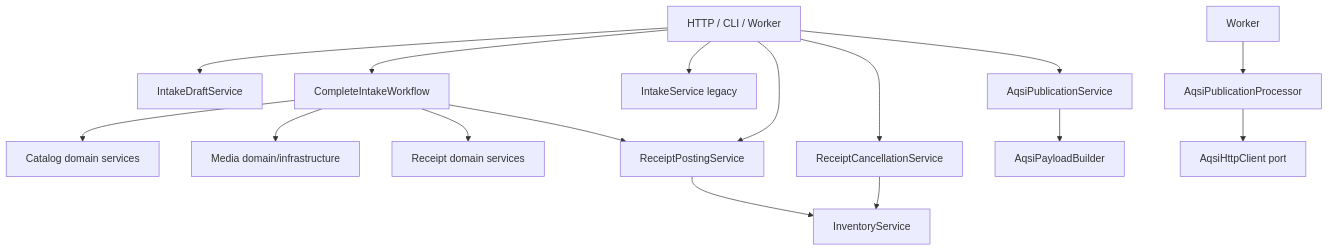
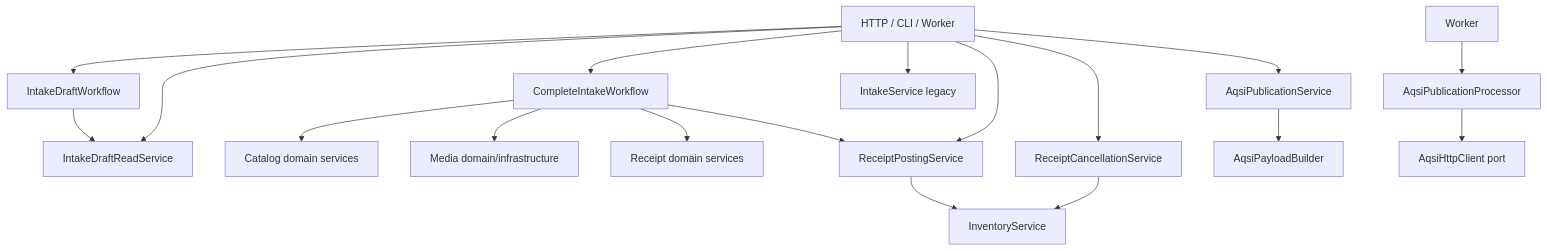
Before and after one commit to dimarchenkov/core: the diagram in docs/architecture_review/02_service_map.md, drawn with Mermaid. The commit also changed other lines of this file and 12 other files, not shown here.

Commit message:
Separate intake commands from read projections

````diff
--- a/docs/architecture_review/02_service_map.md
+++ b/docs/architecture_review/02_service_map.md
@@ -48,20 +49,22 @@
 ```mermaid
 flowchart TD
     HTTP[HTTP / CLI / Worker]
-    HTTP --> Draft[IntakeDraftService]
+    HTTP --> Draft[IntakeDraftWorkflow]
+    HTTP --> DraftRead[IntakeDraftReadService]
     HTTP --> Complete[CompleteIntakeWorkflow]
     HTTP --> Legacy[IntakeService legacy]
     HTTP --> Post[ReceiptPostingService]
     HTTP --> Cancel[ReceiptCancellationService]
     HTTP --> Request[AqsiPublicationService]
     Worker[Worker] --> Process[AqsiPublicationProcessor]
 
     Complete --> Catalog[Catalog domain services]
+    Draft --> DraftRead
     Complete --> Media[Media domain/infrastructure]
     Complete --> Receipt[Receipt domain services]
     Complete --> Post
     Post --> Inventory[InventoryService]
     Cancel --> Inventory
     Request --> Payload[AqsiPayloadBuilder]
     Process --> Gateway[AqsiHttpClient port]
 ```
````
